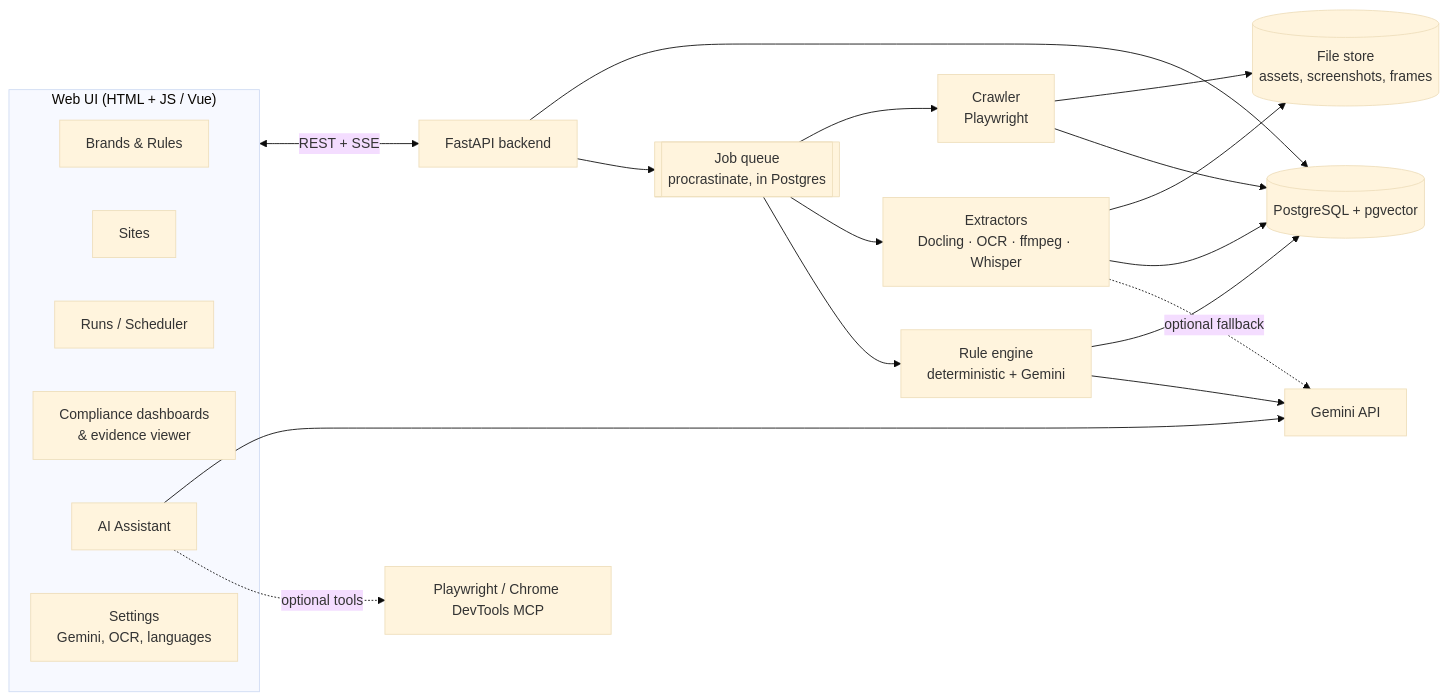
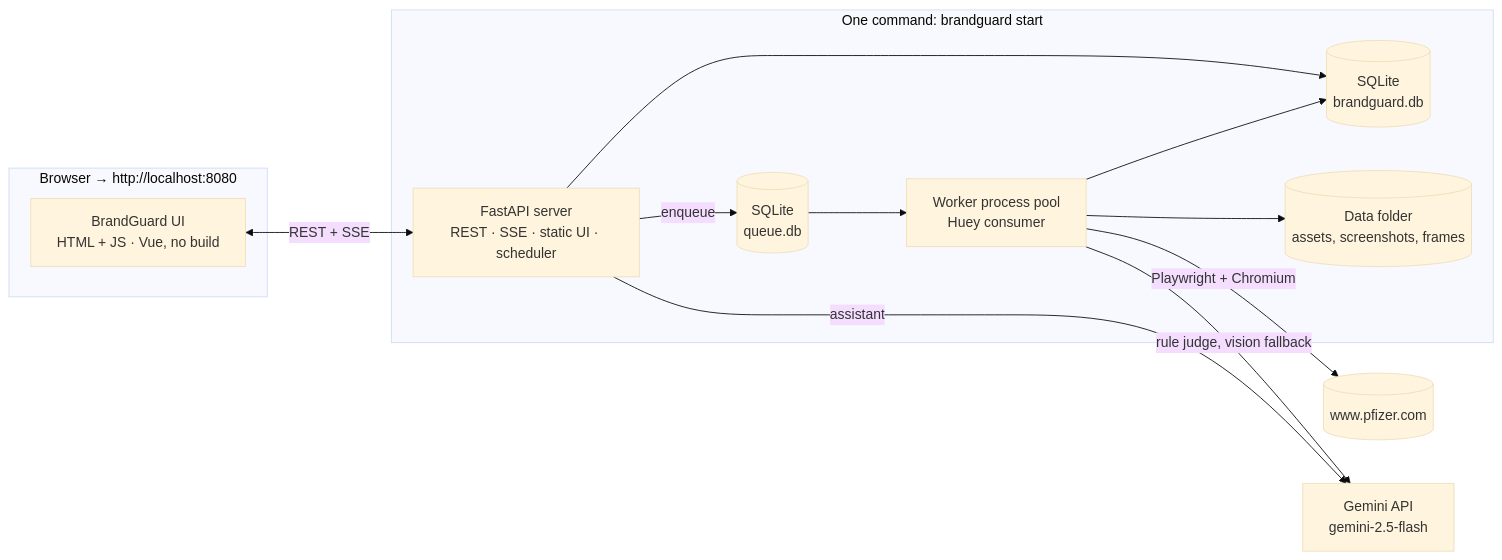
Before and after one commit to aisagark82/Marketing-review: the diagram in docs/DESIGN.md, drawn with Mermaid (base theme). The commit also changed other lines of this file, not shown here.

First line of the commit message:
Revise design to v0.4: pfizer.com first target, no-Docker laptop app, SQLite, gemini-2.5-flash

````diff
--- a/docs/DESIGN.md
+++ b/docs/DESIGN.md
@@ -42,27 +43,24 @@
 ```mermaid
 flowchart LR
-  subgraph UI["Web UI (HTML + JS / Vue)"]
-    B[Brands & Rules]
-    S[Sites]
-    R[Runs / Scheduler]
-    D[Compliance dashboards<br/>& evidence viewer]
-    A[AI Assistant]
-    ST[Settings<br/>Gemini, OCR, languages]
+  subgraph Browser["Browser → http://localhost:8080"]
+    UI[BrandGuard UI<br/>HTML + JS · Vue, no build]
   end
 
-  UI <-->|REST + SSE| API[FastAPI backend]
-  API --> DB[(PostgreSQL + pgvector)]
-  API --> Q[[Job queue<br/>procrastinate, in Postgres]]
+  subgraph Laptop["One command: brandguard start"]
+    API[FastAPI server<br/>REST · SSE · static UI · scheduler]
+    W[Worker process pool<br/>Huey consumer]
+    DB[(SQLite<br/>brandguard.db)]
+    QDB[(SQLite<br/>queue.db)]
+    FS[(Data folder<br/>assets, screenshots, frames)]
+  end
 
-  Q --> C[Crawler<br/>Playwright]
-  Q --> X[Extractors<br/>Docling · OCR · ffmpeg · Whisper]
-  Q --> E[Rule engine<br/>deterministic + Gemini]
-
-  C & X --> FS[(File store<br/>assets, screenshots, frames)]
-  C & X & E --> DB
-
-  E --> G[Gemini API]
-  A --> G
-  A -. optional tools .-> MCP[Playwright / Chrome DevTools MCP]
-  X -. optional fallback .-> G
+  UI <-->|REST + SSE| API
+  API --> DB
+  API -->|enqueue| QDB
+  QDB --> W
+  W --> DB
+  W --> FS
+  W -->|Playwright + Chromium| WEB[(www.pfizer.com)]
+  W -->|rule judge, vision fallback| G[Gemini API<br/>gemini-2.5-flash]
+  API -->|assistant| G
 ```
````
